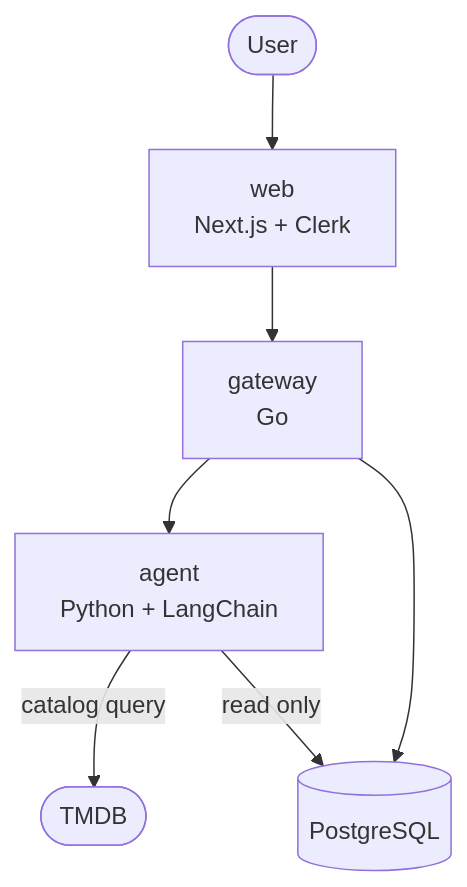
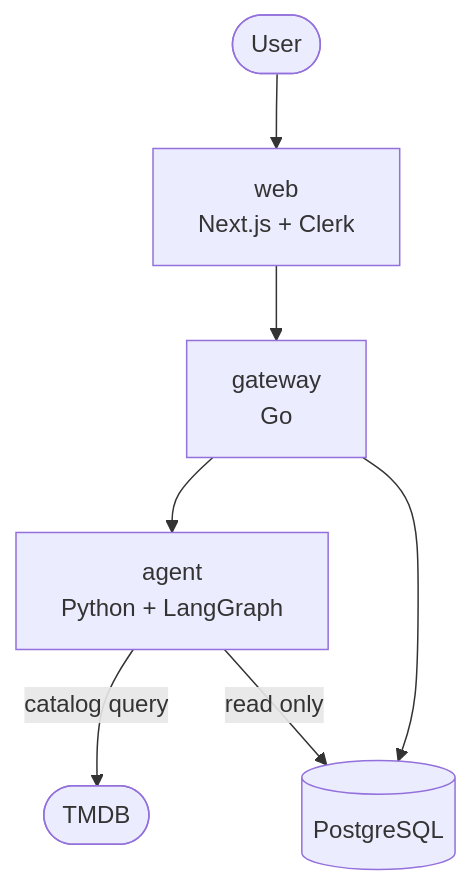
One commit to Skye967/holster changed the diagram in ARCHITECTURE.md. Above: the diagram before and after it, drawn with Mermaid. The commit also changed other lines of this file and 5 other files, not shown here.

First line of the commit message:
docs: describe the agent turn as a LangGraph graph

````diff
--- a/ARCHITECTURE.md
+++ b/ARCHITECTURE.md
@@ -5,9 +5,9 @@
 ```mermaid
 flowchart TD
     U([User]) --> W["web<br/>Next.js + Clerk"]
     W --> G["gateway<br/>Go"]
-    G --> AG["agent<br/>Python + LangChain"]
+    G --> AG["agent<br/>Python + LangGraph"]
     G --> DB[("PostgreSQL")]
     AG -->|"catalog query"| TMDB([TMDB])
     AG -->|"read only"| DB
 ```
````
